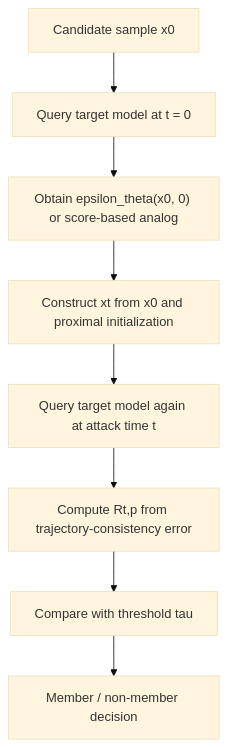
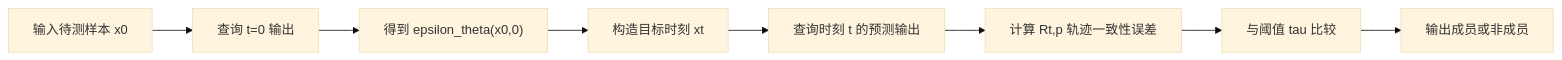
Before and after one commit to DeliciousBuding/DiffAudit-Research: the diagram in docs/paper-reports/gray-box/2024-iclr-pia-proximal-initialization-report.md, drawn with Mermaid (base theme). The commit also changed other lines of this file and 2 other files, not shown here.

````diff
--- a/docs/paper-reports/gray-box/2024-iclr-pia-proximal-initialization-report.md
+++ b/docs/paper-reports/gray-box/2024-iclr-pia-proximal-initialization-report.md
@@ -52,10 +49,10 @@
 ```mermaid
-flowchart TD
-    A["Candidate sample x0"] --> B["Query target model at t = 0"]
-    B --> C["Obtain epsilon_theta(x0, 0) or score-based analog"]
-    C --> D["Construct xt from x0 and proximal initialization"]
-    D --> E["Query target model again at attack time t"]
-    E --> F["Compute Rt,p from trajectory-consistency error"]
-    F --> G["Compare with threshold tau"]
-    G --> H["Member / non-member decision"]
+flowchart LR
+    A["输入待测样本 x0"] --> B["查询 t=0 输出"]
+    B --> C["得到 epsilon_theta(x0,0)"]
+    C --> D["构造目标时刻 xt"]
+    D --> E["查询时刻 t 的预测输出"]
+    E --> F["计算 Rt,p 轨迹一致性误差"]
+    F --> G["与阈值 tau 比较"]
+    G --> H["输出成员或非成员"]
 ```
````
